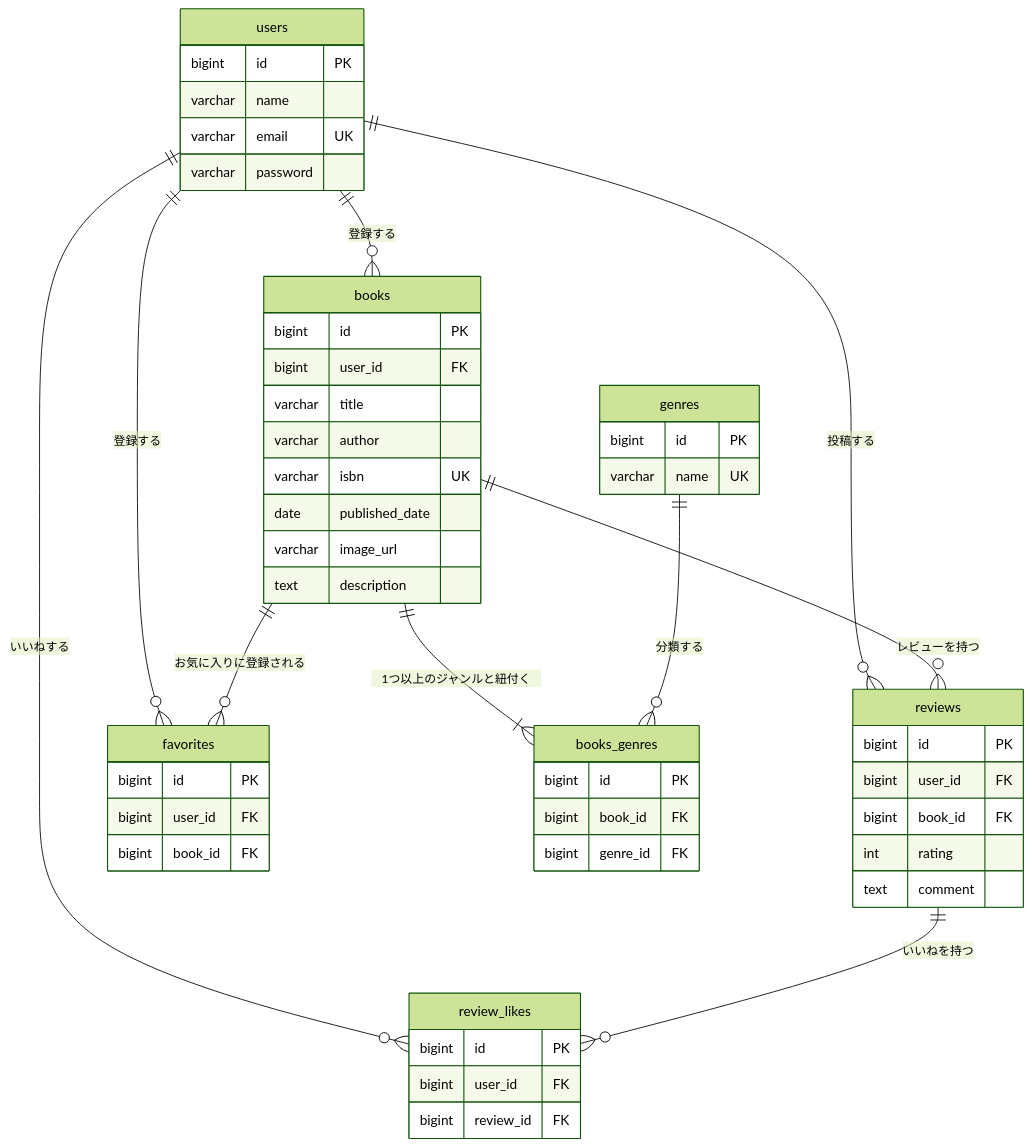
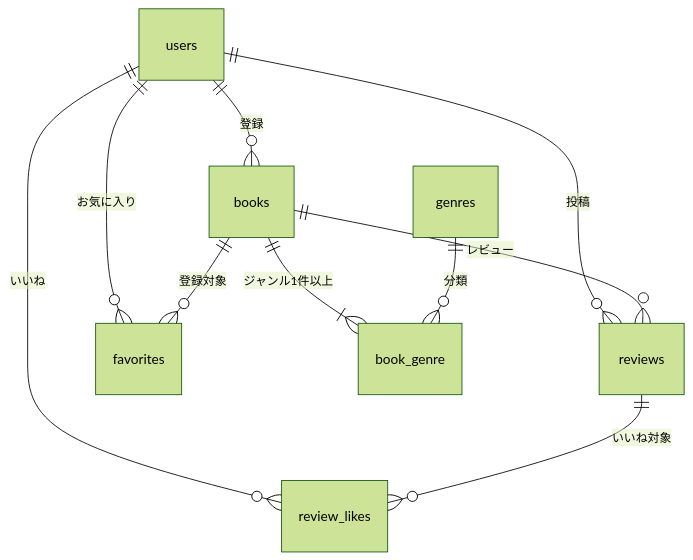
The diagram in docs/design/data.md (Tomoyuki-Kuge/bookshelf-app), drawn with Mermaid (forest theme) before and after one commit. The commit also changed other lines of this file and 8 other files, not shown here.

````diff
--- a/docs/design/data.md
+++ b/docs/design/data.md
@@ -47,55 +39,12 @@
 ```mermaid
 erDiagram
-    users ||--o{ books : "登録する"
-    users ||--o{ reviews : "投稿する"
-    users ||--o{ favorites : "登録する"
-    users ||--o{ review_likes : "いいねする"
-    books ||--|{ books_genres : "1つ以上のジャンルと紐付く"
-    genres ||--o{ books_genres : "分類する"
-    books ||--o{ reviews : "レビューを持つ"
-    books ||--o{ favorites : "お気に入りに登録される"
-    reviews ||--o{ review_likes : "いいねを持つ"
-
-    users {
-        bigint id PK
-        varchar name
-        varchar email UK
-        varchar password
-    }
-    books {
-        bigint id PK
-        bigint user_id FK
-        varchar title
-        varchar author
-        varchar isbn UK
-        date published_date
-        varchar image_url
-        text description
-    }
-    genres {
-        bigint id PK
-        varchar name UK
-    }
-    books_genres {
-        bigint id PK
-        bigint book_id FK
-        bigint genre_id FK
-    }
-    reviews {
-        bigint id PK
-        bigint user_id FK
-        bigint book_id FK
-        int rating
-        text comment
-    }
-    favorites {
-        bigint id PK
-        bigint user_id FK
-        bigint book_id FK
-    }
-    review_likes {
-        bigint id PK
-        bigint user_id FK
-        bigint review_id FK
-    }
+    users ||--o{ books : 登録
+    users ||--o{ reviews : 投稿
+    users ||--o{ favorites : お気に入り
+    users ||--o{ review_likes : いいね
+    books ||--|{ book_genre : ジャンル1件以上
+    genres ||--o{ book_genre : 分類
+    books ||--o{ reviews : レビュー
+    books ||--o{ favorites : 登録対象
+    reviews ||--o{ review_likes : いいね対象
 ```
````
